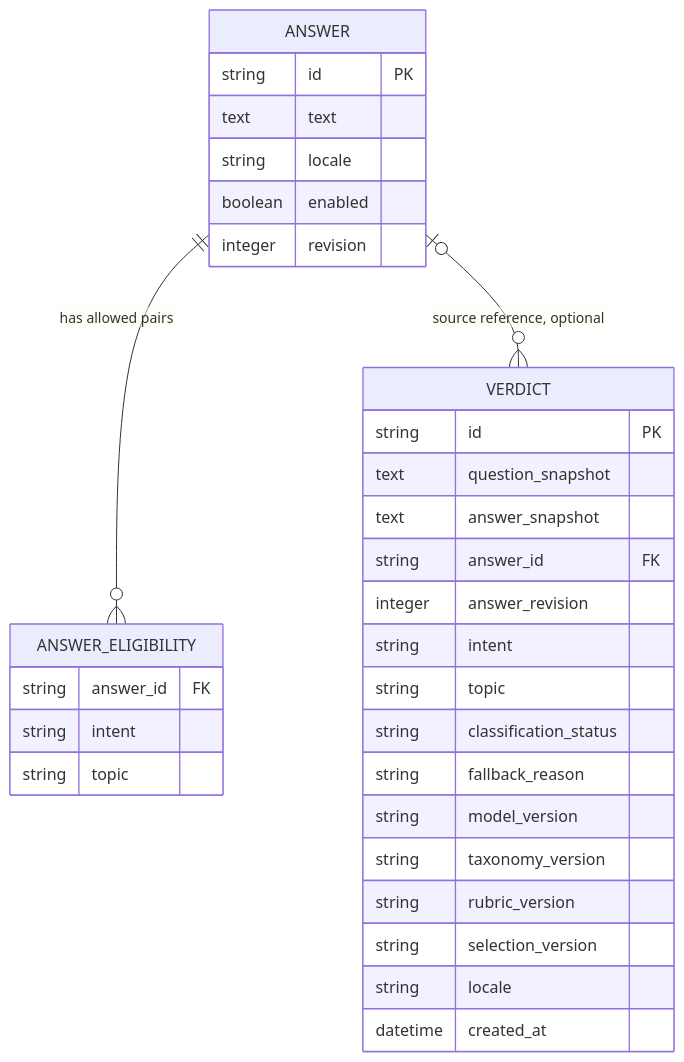
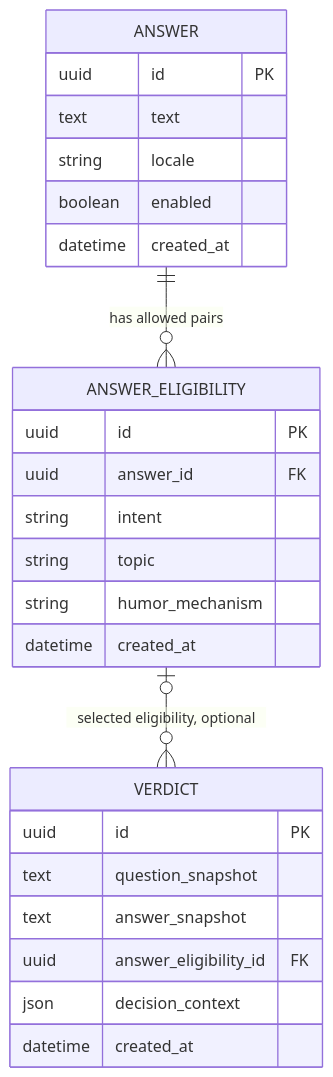
The diagram in docs/architecture/data.md (guri4ek/we-know), drawn with Mermaid before and after one commit. The commit also changed other lines of this file and 10 other files, not shown here.

````diff
--- a/docs/architecture/data.md
+++ b/docs/architecture/data.md
@@ -7,34 +9,28 @@
 ```mermaid
 erDiagram
     ANSWER ||--o{ ANSWER_ELIGIBILITY : "has allowed pairs"
-    ANSWER o|--o{ VERDICT : "source reference, optional"
+    ANSWER_ELIGIBILITY o|--o{ VERDICT : "selected eligibility, optional"
     ANSWER {
-        string id PK
+        uuid id PK
         text text
         string locale
         boolean enabled
-        integer revision
+        datetime created_at
     }
     ANSWER_ELIGIBILITY {
-        string answer_id FK
+        uuid id PK
+        uuid answer_id FK
         string intent
         string topic
+        string humor_mechanism
+        datetime created_at
     }
     VERDICT {
-        string id PK
+        uuid id PK
         text question_snapshot
         text answer_snapshot
-        string answer_id FK
-        integer answer_revision
-        string intent
-        string topic
-        string classification_status
-        string fallback_reason
-        string model_version
-        string taxonomy_version
-        string rubric_version
-        string selection_version
-        string locale
+        uuid answer_eligibility_id FK
+        json decision_context
         datetime created_at
     }
 ```
````
